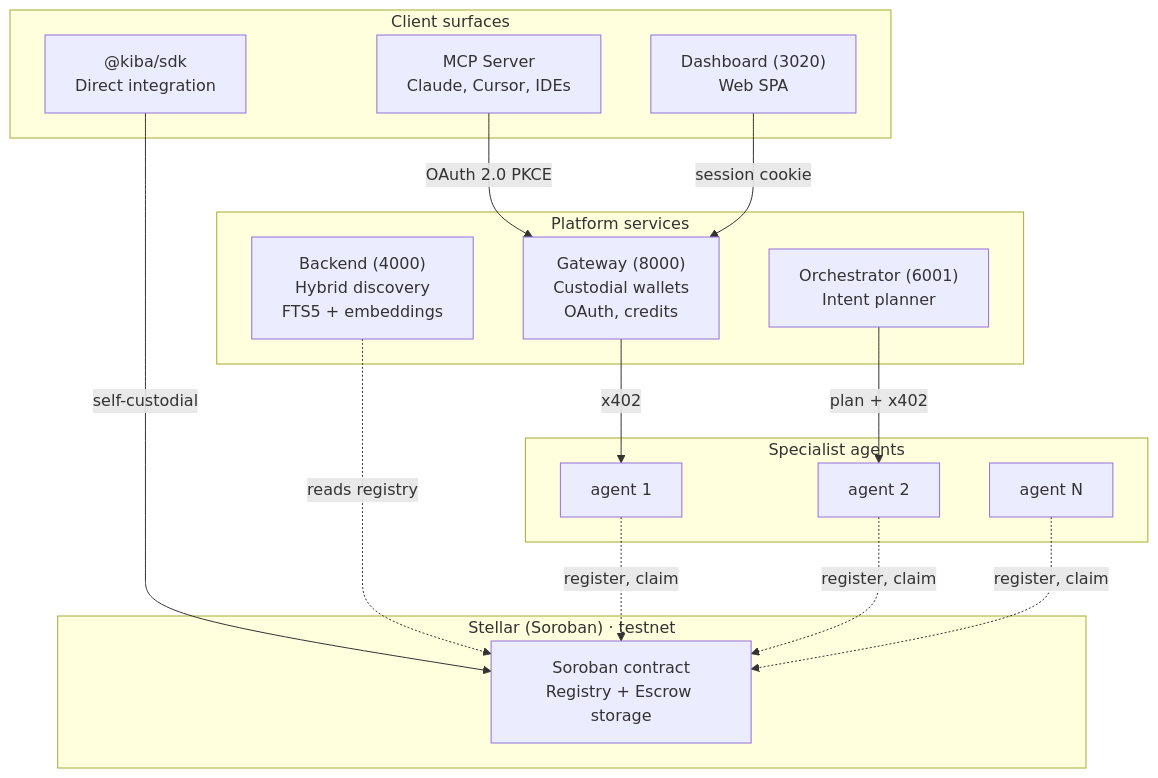
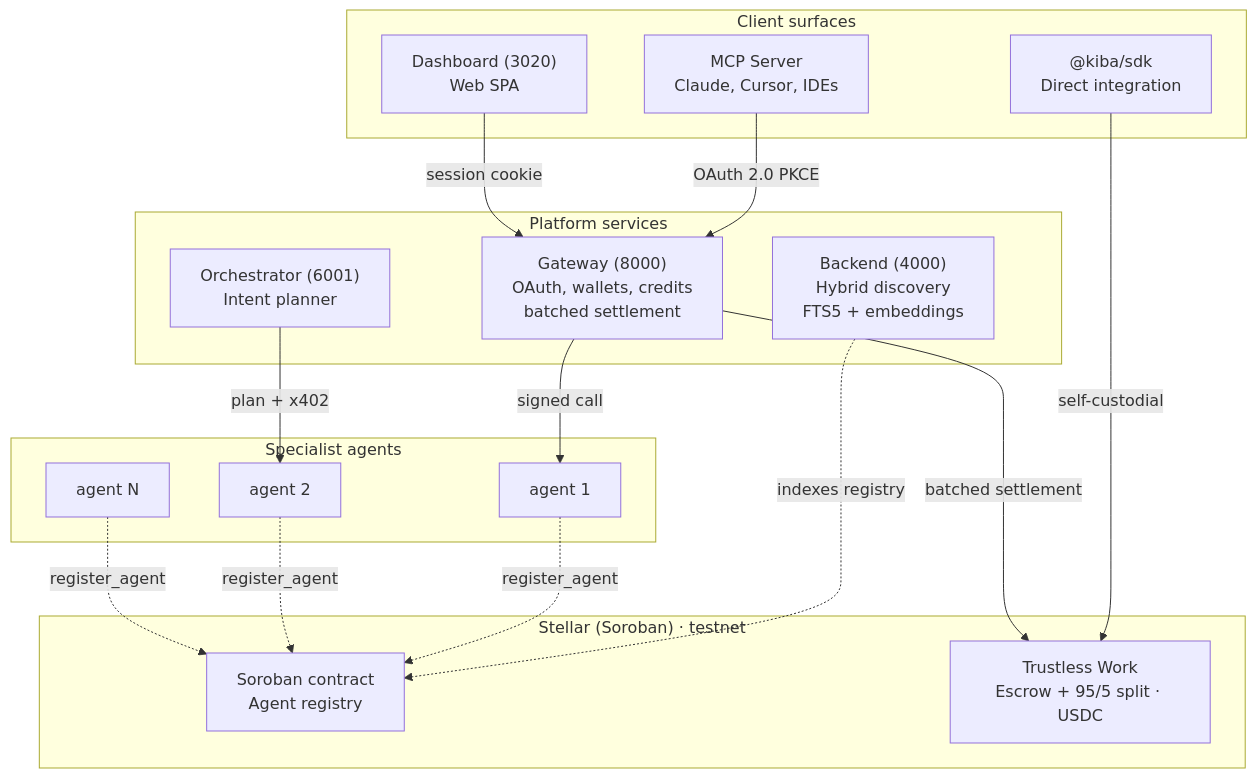
Before and after one commit to CoKeFish/kiba: the first of 2 diagrams in README.md, drawn with Mermaid. The commit also changed other lines of this file, not shown here.

````diff
--- a/README.md
+++ b/README.md
@@ -64,32 +57,34 @@
 ```mermaid
 graph TB
     subgraph chain["Stellar (Soroban) · testnet"]
-        SC["Soroban contract<br/>Registry + Escrow storage"]
+        SC["Soroban contract<br/>Agent registry"]
+        TW["Trustless Work<br/>Escrow + 95/5 split · USDC"]
     end
 
     subgraph platform["Platform services"]
         BE["Backend (4000)<br/>Hybrid discovery<br/>FTS5 + embeddings"]
-        GW["Gateway (8000)<br/>Custodial wallets<br/>OAuth, credits"]
+        GW["Gateway (8000)<br/>OAuth, wallets, credits<br/>batched settlement"]
         ORCH["Orchestrator (6001)<br/>Intent planner"]
     end
 
     subgraph clients["Client surfaces"]
         MCP["MCP Server<br/>Claude, Cursor, IDEs"]
         SDK["@kiba/sdk<br/>Direct integration"]
         DASH["Dashboard (3020)<br/>Web SPA"]
     end
 
     subgraph agents["Specialist agents"]
         A1["agent 1"]
         A2["agent 2"]
         A3["agent N"]
     end
 
     MCP -->|OAuth 2.0 PKCE| GW
-    SDK -->|self-custodial| SC
     DASH -->|session cookie| GW
-    GW -->|x402| A1
+    SDK -->|self-custodial| TW
+    GW -->|signed call| A1
+    GW -->|batched settlement| TW
     ORCH -->|plan + x402| A2
-    BE -.->|reads registry| SC
-    A1 & A2 & A3 -.->|register, claim| SC
+    BE -.->|indexes registry| SC
+    A1 & A2 & A3 -.->|register_agent| SC
 ```
````
